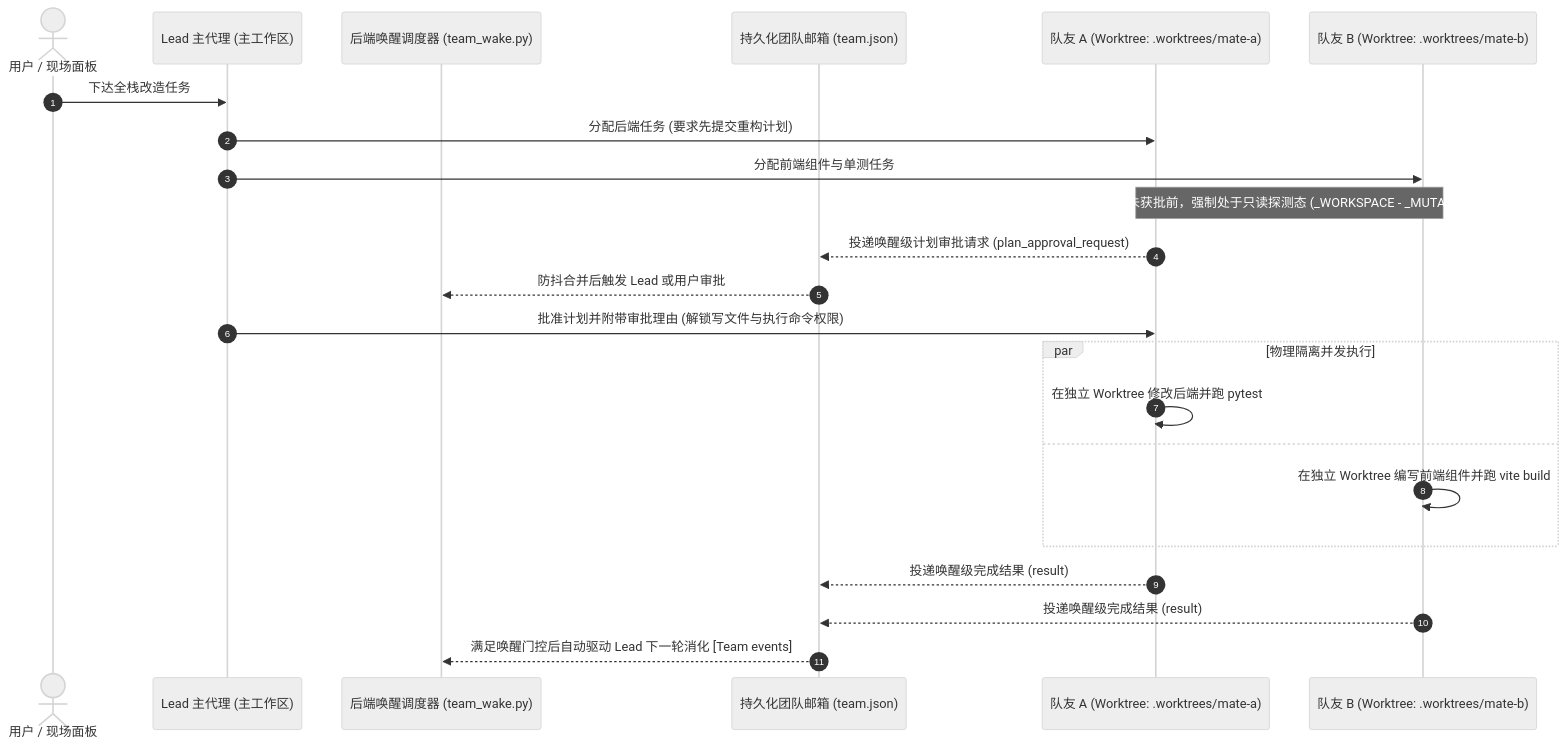
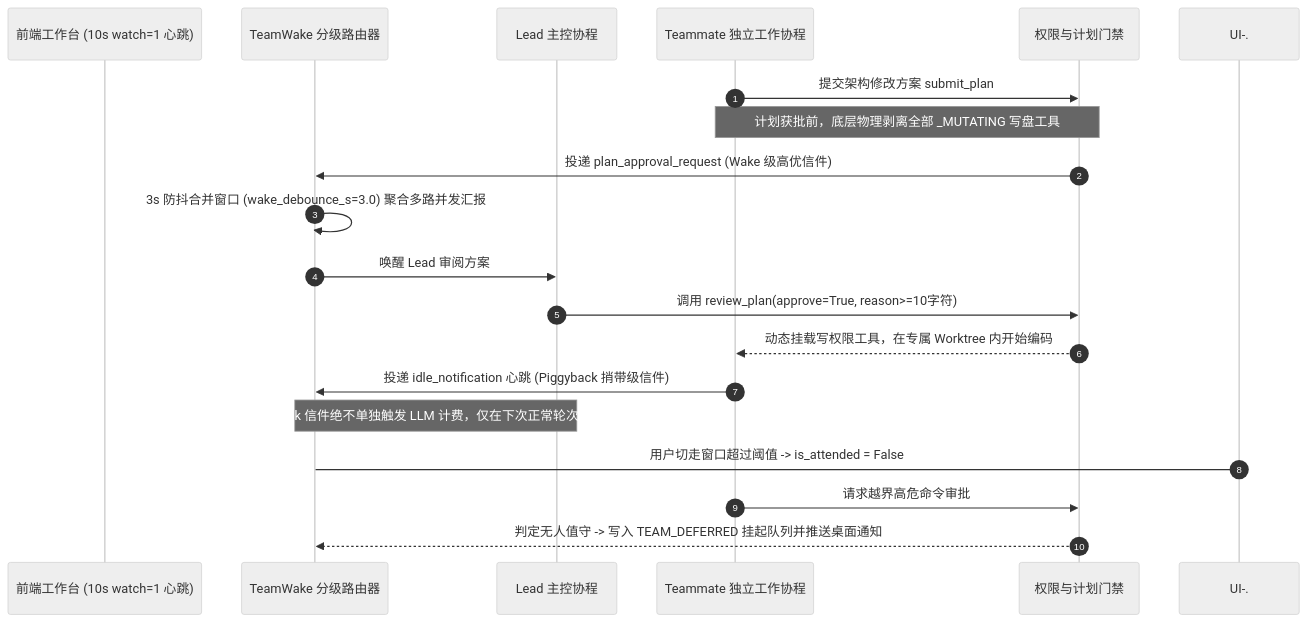
The second of 3 diagrams in docs/architecture/multi-agent-team.md (HelmAgent/Helm_website), drawn with Mermaid (neutral theme) before and after one commit. The commit also changed other lines of this file and 57 other files, not shown here.

Commit message:
docs(architecture): add detailed documentation for the 5-Tier Permission Sandbox, Zero-RTT Intent Engine, and Open Ecosystem; include core modules, empirical evidence, and interactive permission modes for enhanced clarity and functionality

````diff
--- a/docs/architecture/multi-agent-team.md
+++ b/docs/architecture/multi-agent-team.md
@@ -26,26 +58,22 @@
 ```mermaid
 sequenceDiagram
   autonumber
-  actor User as 用户 / 现场面板
-  participant Lead as Lead 主代理 (主工作区)
-  participant Wake as 后端唤醒调度器 (team_wake.py)
-  participant Inbox as 持久化团队邮箱 (team.json)
-  participant MateA as 队友 A (Worktree: .worktrees/mate-a)
-  participant MateB as 队友 B (Worktree: .worktrees/mate-b)
+  participant UI as 前端工作台 (10s watch=1 心跳)
+  participant Wake as TeamWake 分级路由器
+  participant Lead as Lead 主控协程
+  participant Mate as Teammate 独立工作协程
+  participant Guard as 权限与计划门禁
 
-  User->>Lead: 下达全栈改造任务
-  Lead->>MateA: 分配后端任务 (要求先提交重构计划)
-  Lead->>MateB: 分配前端组件与单测任务
-  Note over MateA,MateB: 计划未获批前，强制处于只读探测态 (_WORKSPACE - _MUTATING)
-  MateA-->>Inbox: 投递唤醒级计划审批请求 (plan_approval_request)
-  Inbox-->>Wake: 防抖合并后触发 Lead 或用户审批
-  Lead->>MateA: 批准计划并附带审批理由 (解锁写文件与执行命令权限)
-  par 物理隔离并发执行
-    MateA->>MateA: 在独立 Worktree 修改后端并跑 pytest
-  and
-    MateB->>MateB: 在独立 Worktree 编写前端组件并跑 vite build
-  end
-  MateA-->>Inbox: 投递唤醒级完成结果 (result)
-  MateB-->>Inbox: 投递唤醒级完成结果 (result)
-  Inbox-->>Wake: 满足唤醒门控后自动驱动 Lead 下一轮消化 [Team events]
+  Mate->>Guard: 提交架构修改方案 submit_plan
+  Note over Mate,Guard: 计划获批前，底层物理剥离全部 _MUTATING 写盘工具
+  Guard->>Wake: 投递 plan_approval_request (Wake 级高优信件)
+  Wake->>Wake: 3s 防抖合并窗口 (wake_debounce_s=3.0) 聚合多路并发汇报
+  Wake->>Lead: 唤醒 Lead 审阅方案
+  Lead->>Guard: 调用 review_plan(approve=True, reason>=10字符)
+  Guard-->>Mate: 动态挂载写权限工具，在专属 Worktree 内开始编码
+  Mate->>Wake: 投递 idle_notification 心跳 (Piggyback 捎带级信件)
+  Note over Wake,Lead: Piggyback 信件绝不单独触发 LLM 计费，仅在下次正常轮次顺带注入
+  UI-.->Wake: 用户切走窗口超过阈值 -> is_attended = False
+  Mate->>Guard: 请求越界高危命令审批
+  Guard-->>Wake: 判定无人值守 -> 写入 TEAM_DEFERRED 挂起队列并推送桌面通知
 ```
````
